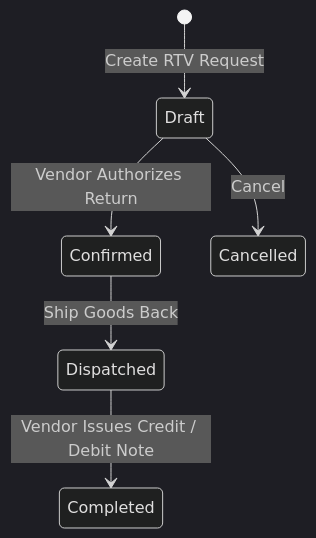
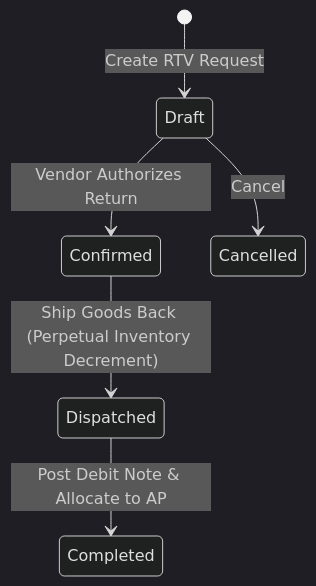
Before and after one commit to herobmdotcom/herobm: the diagram in docs/user/purchase_returns_debit_notes.md, drawn with Mermaid (dark theme). The commit also changed other lines of this file and 168 other files, not shown here.

````diff
--- a/docs/user/purchase_returns_debit_notes.md
+++ b/docs/user/purchase_returns_debit_notes.md
@@ -42,8 +45,8 @@
 ```mermaid
 stateDiagram-v2
     [*] --> Draft : Create RTV Request
     Draft --> Confirmed : Vendor Authorizes Return
-    Confirmed --> Dispatched : Ship Goods Back
-    Dispatched --> Completed : Vendor Issues Credit / Debit Note
+    Confirmed --> Dispatched : Ship Goods Back (Perpetual Inventory Decrement)
+    Dispatched --> Completed : Post Debit Note & Allocate to AP
     Draft --> Cancelled : Cancel
 ```
````
